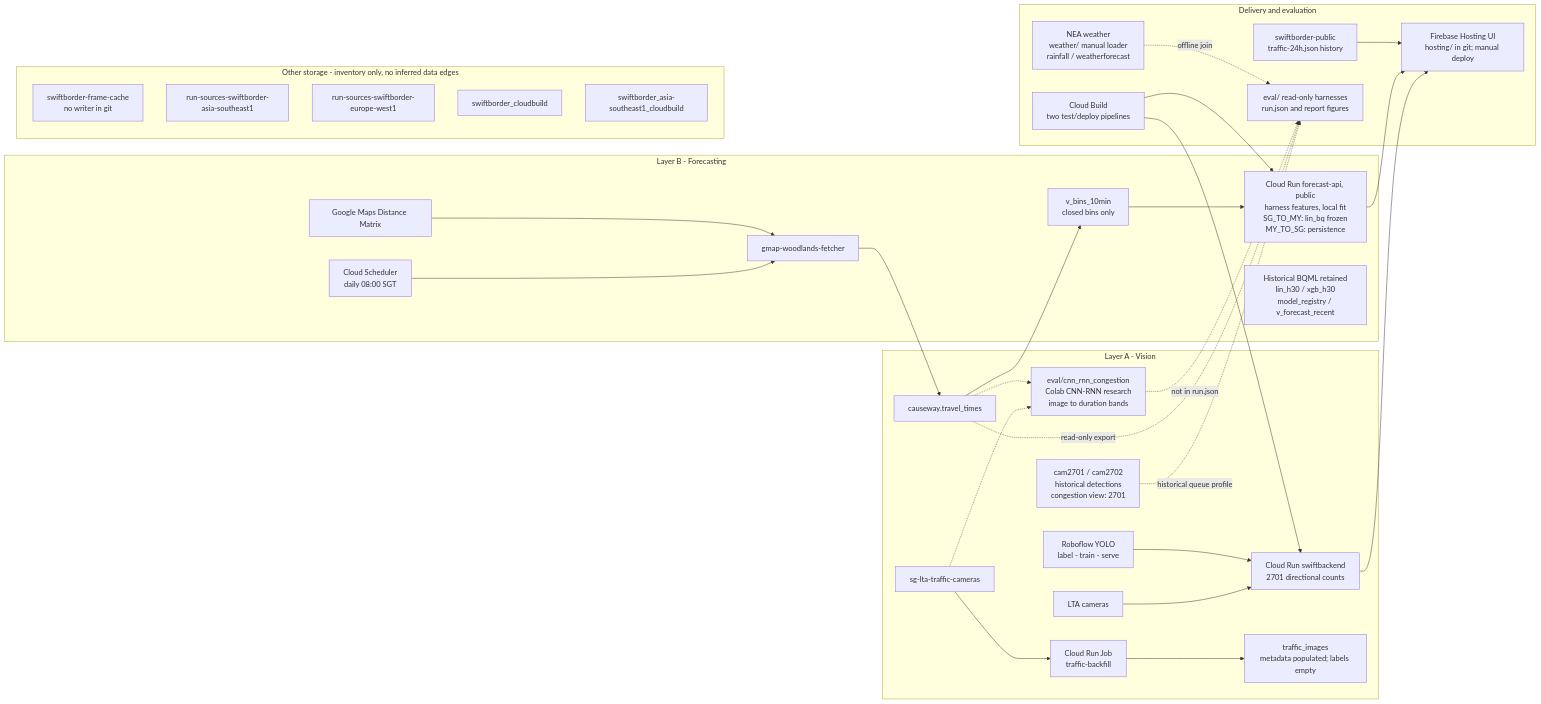
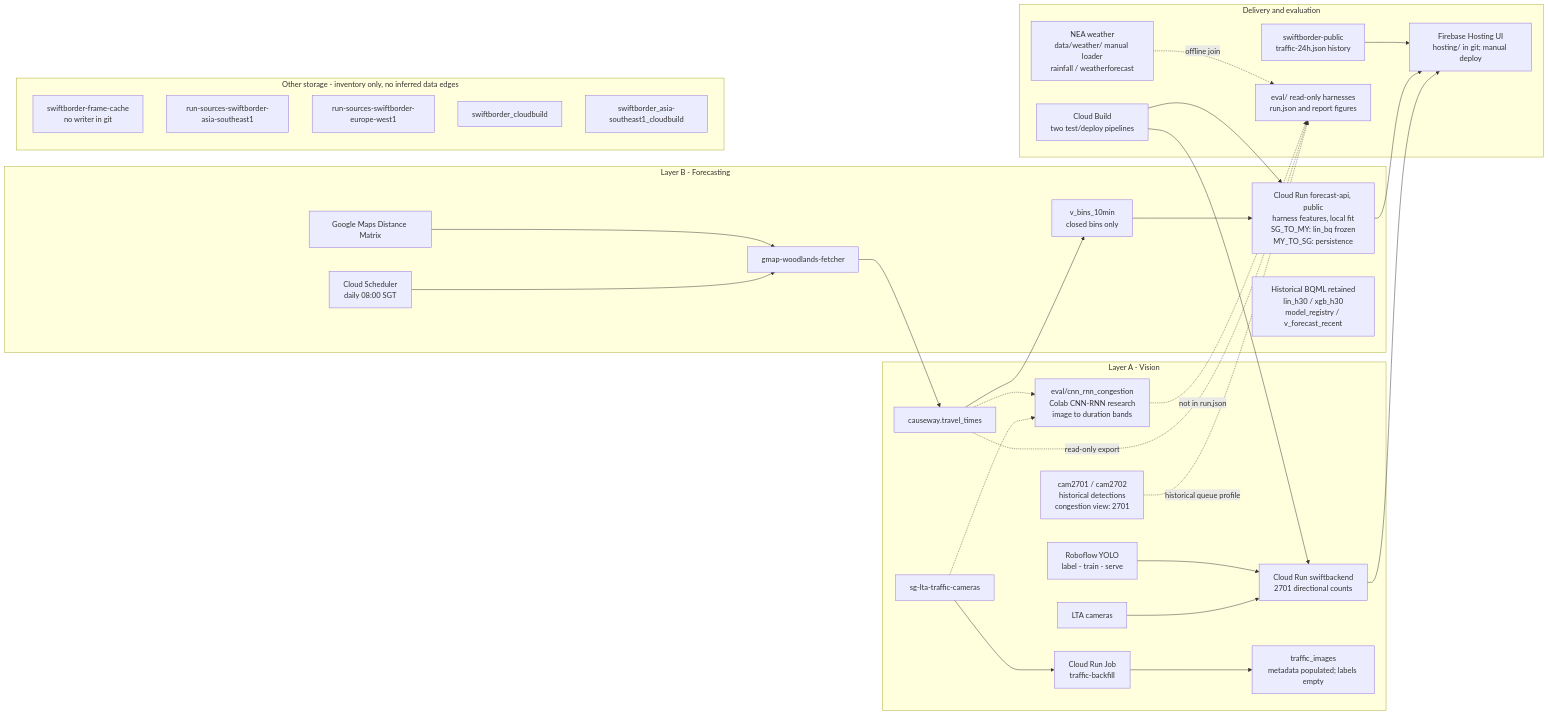
The diagram in docs/diagrams/architecture-detailed.mmd (sozuken-max/swiftborder), drawn with Mermaid before and after one commit. The commit also changed 91 other files, not shown here.

```diff
--- a/docs/diagrams/architecture-detailed.mmd
+++ b/docs/diagrams/architecture-detailed.mmd
@@ -1,39 +1,39 @@
 flowchart LR
   subgraph LA["Layer A - Vision"]
     LTA["LTA cameras"] --> SB["Cloud Run swiftbackend<br/>2701 directional counts"]
     RF["Roboflow YOLO<br/>label - train - serve"] --> SB
     CAM["sg-lta-traffic-cameras"] --> JOB["Cloud Run Job<br/>traffic-backfill"]
     JOB --> META["traffic_images<br/>metadata populated; labels empty"]
     HIST["cam2701 / cam2702<br/>historical detections<br/>congestion view: 2701"]
     CNNRNN["eval/cnn_rnn_congestion<br/>Colab CNN-RNN research<br/>image to duration bands"]
     CAM -.-> CNNRNN
     TT -.-> CNNRNN
   end
   subgraph LB["Layer B - Forecasting"]
     SCH["Cloud Scheduler<br/>daily 08:00 SGT"] --> ING["gmap-woodlands-fetcher"]
     MAPS["Google Maps Distance Matrix"] --> ING
     ING --> TT["causeway.travel_times"]
     TT --> FEATURES["v_bins_10min<br/>closed bins only"]
     FEATURES --> API["Cloud Run forecast-api, public<br/>harness features, local fit<br/>SG_TO_MY: lin_bq frozen<br/>MY_TO_SG: persistence"]
     LEGACY["Historical BQML retained<br/>lin_h30 / xgb_h30<br/>model_registry / v_forecast_recent"]
   end
   subgraph DELIVERY["Delivery and evaluation"]
     BUILD["Cloud Build<br/>two test/deploy pipelines"] --> SB
     BUILD --> API
     UI["Firebase Hosting UI<br/>hosting/ in git; manual deploy"]
     SB --> UI
     API --> UI
     PUB["swiftborder-public<br/>traffic-24h.json history"] --> UI
     EVAL["eval/ read-only harnesses<br/>run.json and report figures"]
-    WX["NEA weather<br/>weather/ manual loader<br/>rainfall / weatherforecast"] -.->|"offline join"| EVAL
+    WX["NEA weather<br/>data/weather/ manual loader<br/>rainfall / weatherforecast"] -.->|"offline join"| EVAL
     HIST -.->|"historical queue profile"| EVAL
     TT -.->|"read-only export"| EVAL
     CNNRNN -.->|"not in run.json"| EVAL
   end
   subgraph STORAGE["Other storage - inventory only, no inferred data edges"]
     CACHE["swiftborder-frame-cache<br/>no writer in git"]
     RS1["run-sources-swiftborder-asia-southeast1"]
     RS2["run-sources-swiftborder-europe-west1"]
     CB["swiftborder_cloudbuild"]
     CBA["swiftborder_asia-southeast1_cloudbuild"]
   end
```
